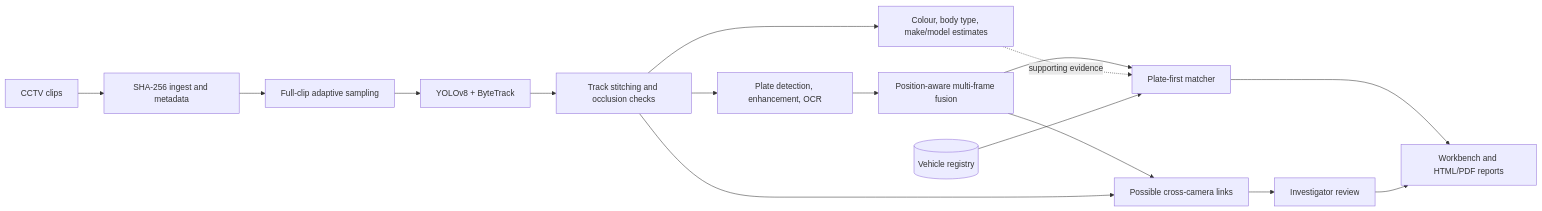
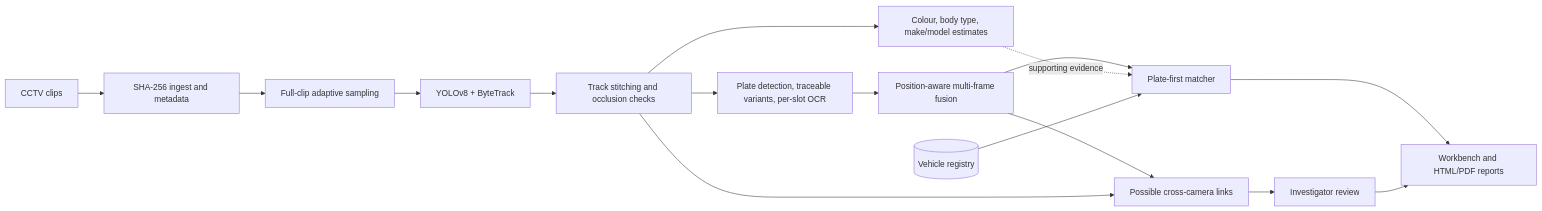
Before and after one commit to ankitagarwal546/Vehicle-Tracer: the diagram in README.md, drawn with Mermaid. The commit also changed other lines of this file, not shown here.

````diff
--- a/README.md
+++ b/README.md
@@ -11,18 +11,18 @@
 ```mermaid
 flowchart LR
     A[CCTV clips] --> B[SHA-256 ingest and metadata]
     B --> C[Full-clip adaptive sampling]
     C --> D[YOLOv8 + ByteTrack]
     D --> E[Track stitching and occlusion checks]
-    E --> F[Plate detection, enhancement, OCR]
+    E --> F[Plate detection, traceable variants, per-slot OCR]
     E --> G[Colour, body type, make/model estimates]
     F --> H[Position-aware multi-frame fusion]
     H --> I[Plate-first matcher]
     G -. supporting evidence .-> I
     R[(Vehicle registry)] --> I
     H --> J[Possible cross-camera links]
     E --> J
     J --> K[Investigator review]
     I --> L[Workbench and HTML/PDF reports]
     K --> L
 ```
````
